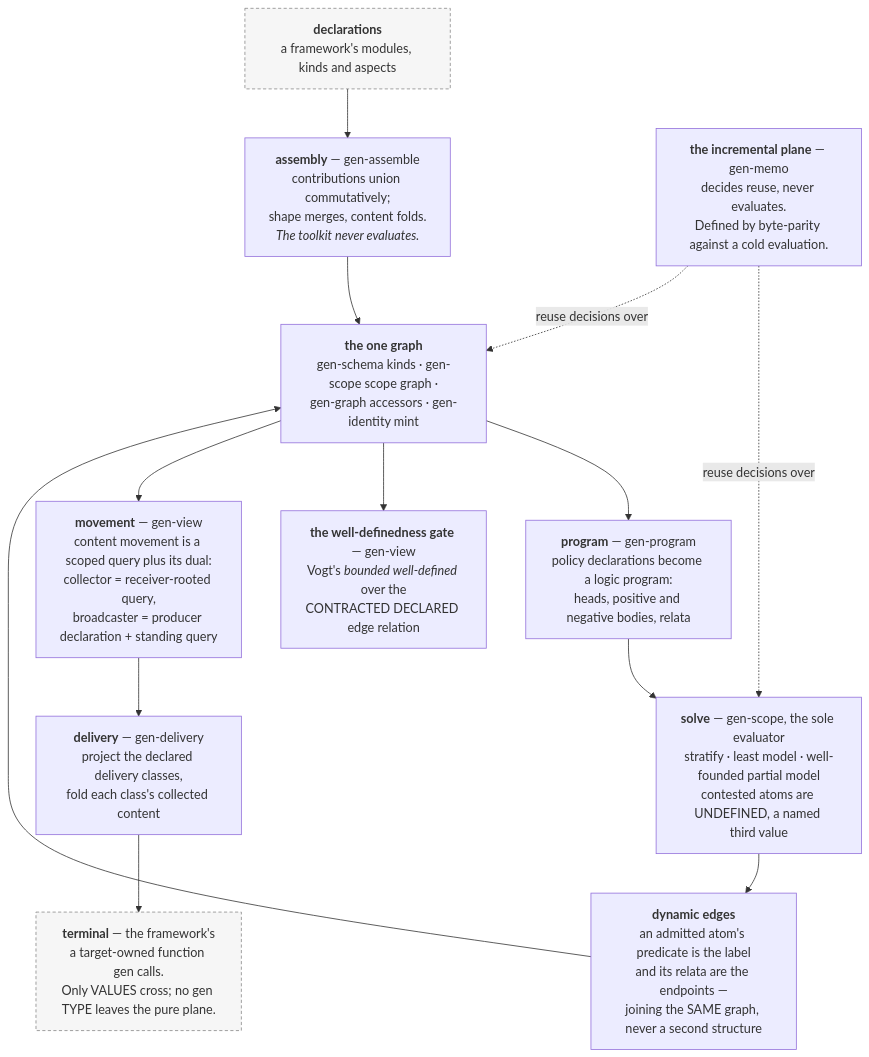
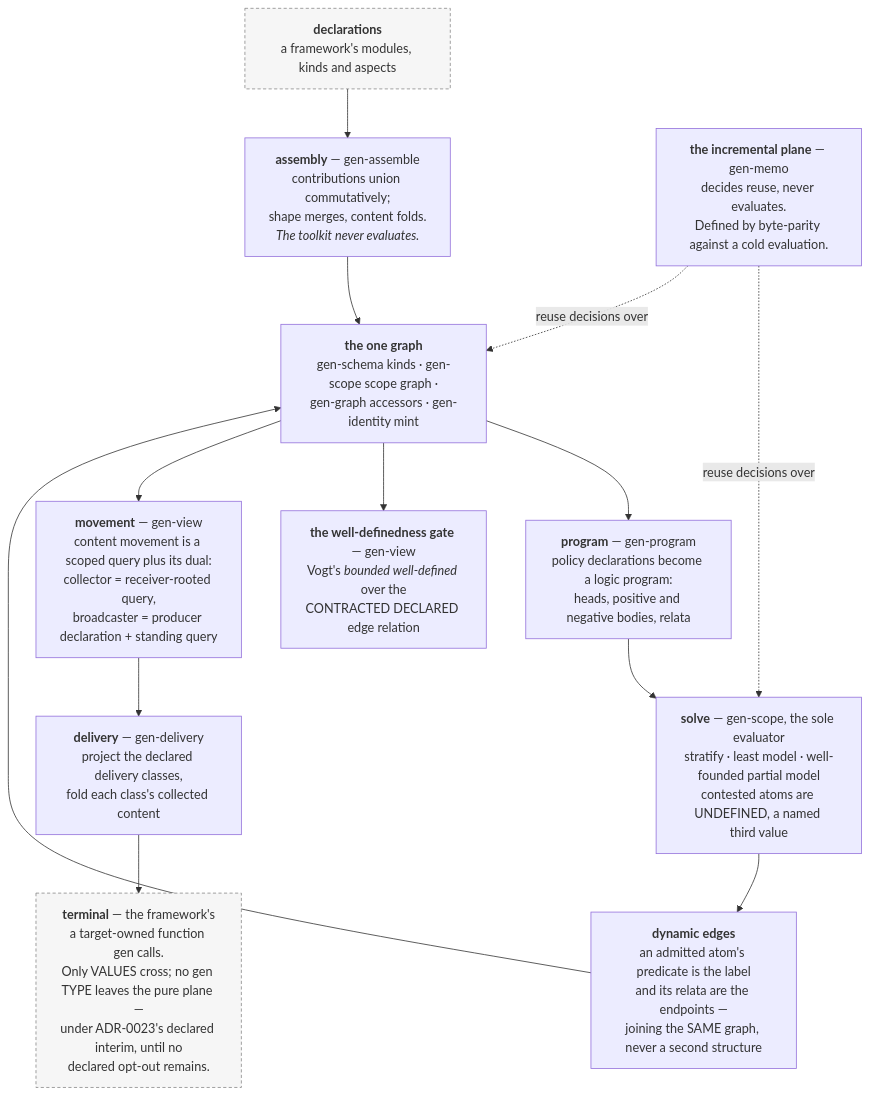
One commit to sini/gen changed the third of 4 diagrams in ARCHITECTURE.md. Above: the diagram before and after it, drawn with Mermaid. The commit also changed other lines of this file and 1 other file, not shown here.

Commit message:
the value-injection invariant carries its ADR-0023 condition wherever it is published

````diff
--- a/ARCHITECTURE.md
+++ b/ARCHITECTURE.md
@@ -295,25 +295,25 @@
 ```mermaid
 flowchart TD
   decl["<b>declarations</b><br/>a framework's modules, kinds and aspects"]
   assembly["<b>assembly</b> — gen-assemble<br/>contributions union commutatively;<br/>shape merges, content folds.<br/><i>The toolkit never evaluates.</i>"]
   onegraph["<b>the one graph</b><br/>gen-schema kinds · gen-scope scope graph ·<br/>gen-graph accessors · gen-identity mint"]
   program["<b>program</b> — gen-program<br/>policy declarations become a logic program:<br/>heads, positive and negative bodies, relata"]
   solve["<b>solve</b> — gen-scope, the sole evaluator<br/>stratify · least model · well-founded partial model<br/>contested atoms are UNDEFINED, a named third value"]
   dynamic["<b>dynamic edges</b><br/>an admitted atom's predicate is the label<br/>and its relata are the endpoints —<br/>joining the SAME graph, never a second structure"]
   gate["<b>the well-definedness gate</b> — gen-view<br/>Vogt's <i>bounded well-defined</i> over the<br/>CONTRACTED DECLARED edge relation"]
   movement["<b>movement</b> — gen-view<br/>content movement is a scoped query plus its dual:<br/>collector = receiver-rooted query,<br/>broadcaster = producer declaration + standing query"]
   delivery["<b>delivery</b> — gen-delivery<br/>project the declared delivery classes,<br/>fold each class's collected content"]
-  terminal["<b>terminal</b> — the framework's<br/>a target-owned function gen calls.<br/>Only VALUES cross; no gen TYPE leaves the pure plane."]
+  terminal["<b>terminal</b> — the framework's<br/>a target-owned function gen calls.<br/>Only VALUES cross; no gen TYPE leaves the pure plane —<br/>under ADR-0023's declared interim, until no<br/>declared opt-out remains."]
   memo["<b>the incremental plane</b> — gen-memo<br/>decides reuse, never evaluates.<br/>Defined by byte-parity against a cold evaluation."]
 
   decl --> assembly --> onegraph
   onegraph --> program --> solve --> dynamic
   dynamic --> onegraph
   onegraph --> gate
   onegraph --> movement --> delivery --> terminal
   memo -. "reuse decisions over" .-> solve
   memo -. "reuse decisions over" .-> onegraph
 
   classDef ext fill:#f6f6f6,stroke:#888,stroke-dasharray: 4 3
   class terminal,decl ext
 ```
````
